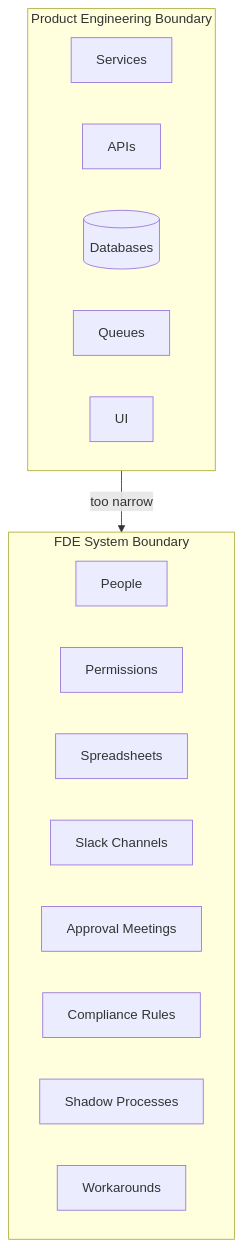
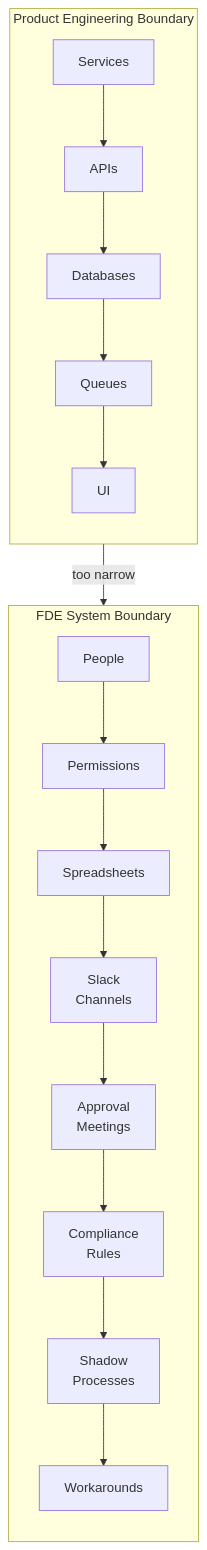
The first of 3 diagrams in notes/fde-principles-production-ai/index.md (rmax-ai/rmax-ai.github.io), drawn with Mermaid before and after one commit. The commit also changed other lines of this file and 1 other file, not shown here.

Commit message:
fix: Codex-redesigned diagrams 1 & 3 — truly vertical layout
- Diagram 1: subgraph direction TD with chained nodes, <br/> for compact labels
- Diagram 3: vertical chain instead of 7 parallel branches, tighter spacing via init

````diff
--- a/notes/fde-principles-production-ai/index.md
+++ b/notes/fde-principles-production-ai/index.md
@@ -81,23 +81,28 @@
 ```mermaid
 flowchart TD
     subgraph Product["Product Engineering Boundary"]
-        direction LR
+        direction TD
         S[Services]
         A[APIs]
-        D[(Databases)]
+        D[Databases]
         Q[Queues]
         U[UI]
+        S --> A --> D --> Q --> U
     end
+
     Product -->|"too narrow"| FDE
+
     subgraph FDE["FDE System Boundary"]
-        direction LR
+        direction TD
         P[People]
         PM[Permissions]
         SS[Spreadsheets]
-        SL[Slack Channels]
-        AP[Approval Meetings]
-        CR[Compliance Rules]
-        SP[Shadow Processes]
+        SL[Slack<br/>Channels]
+        AP[Approval<br/>Meetings]
+        CR[Compliance<br/>Rules]
+        SP[Shadow<br/>Processes]
         WA[Workarounds]
+        P --> PM --> SS --> SL
+        SL --> AP --> CR --> SP --> WA
     end
 ```
````
